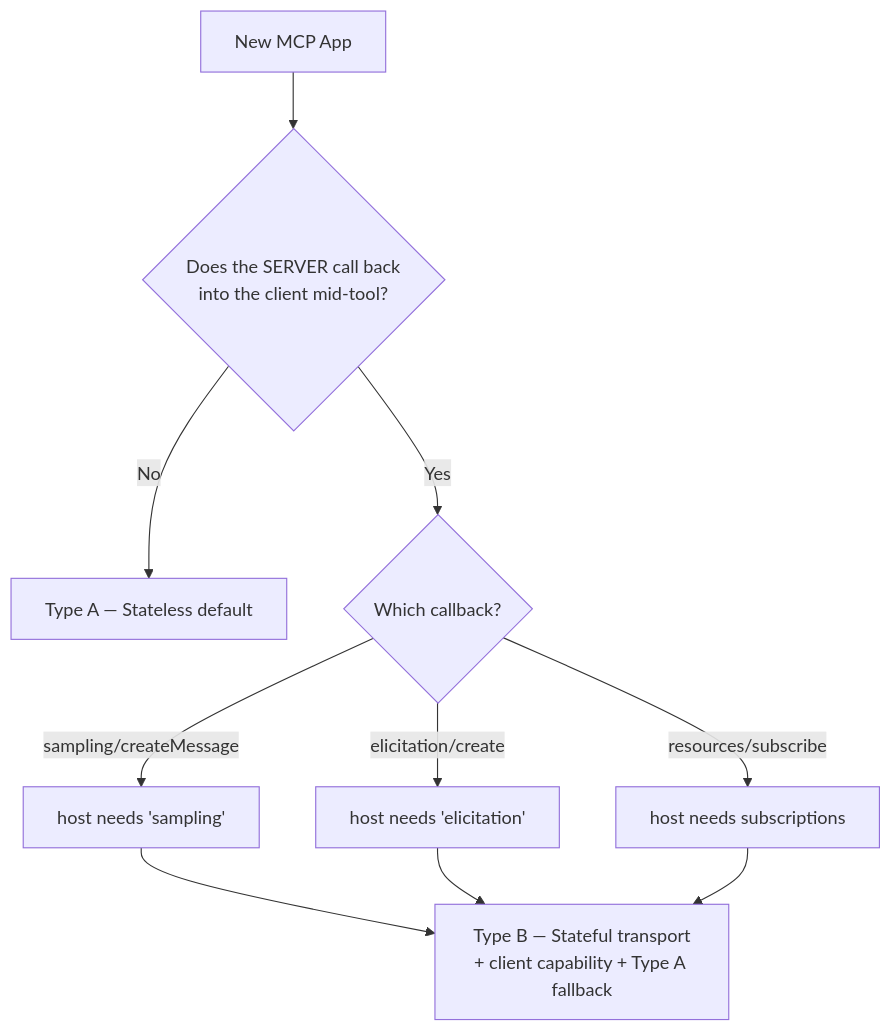
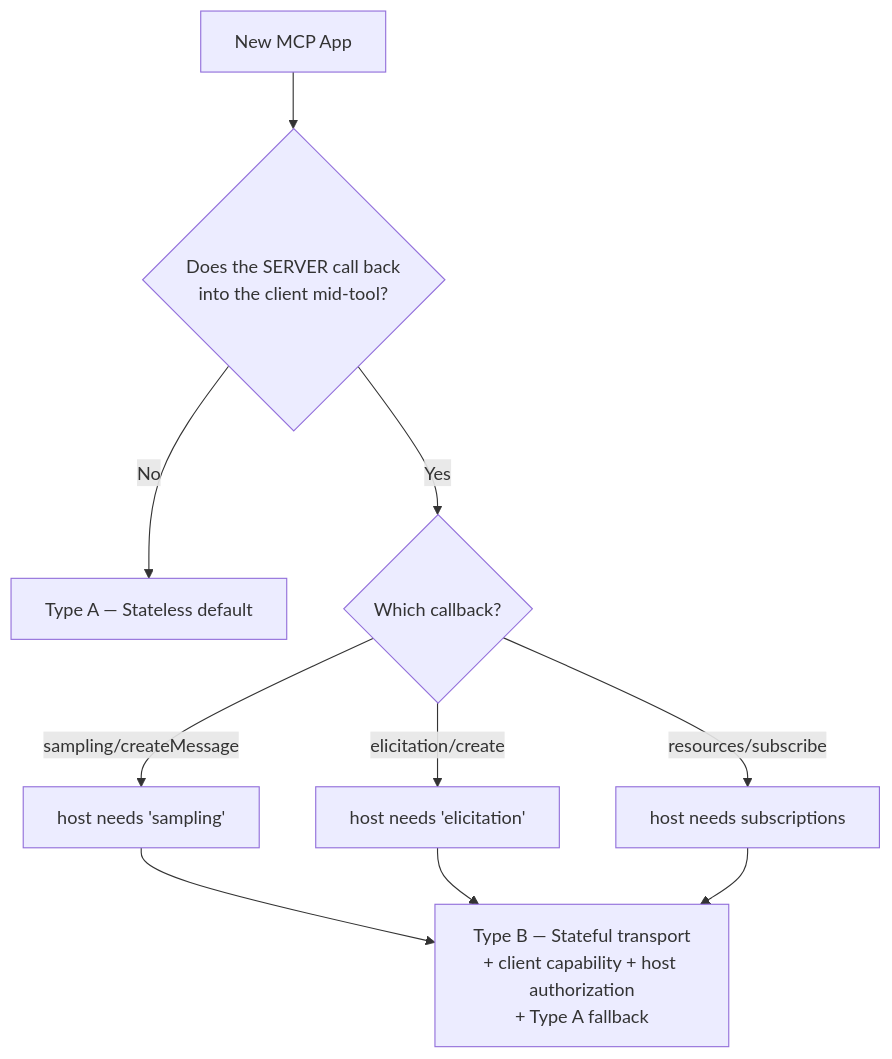
The diagram in mcp-app-build/sampling.md (dc995/mcp-app-skills), drawn with Mermaid before and after one commit. The commit also changed other lines of this file and 26 other files, not shown here.

First line of the commit message:
Harden host capability guidance and release gates

````diff
--- a/mcp-app-build/sampling.md
+++ b/mcp-app-build/sampling.md
@@ -136,12 +175,12 @@
 ```mermaid
 flowchart TD
   A[New MCP App] --> B{Does the SERVER call back<br/>into the client mid-tool?}
   B -- No --> TA[Type A — Stateless default]
   B -- Yes --> C{Which callback?}
   C -- sampling/createMessage --> D[host needs 'sampling']
   C -- elicitation/create --> E[host needs 'elicitation']
   C -- resources/subscribe --> F[host needs subscriptions]
-  D --> TB[Type B — Stateful transport<br/>+ client capability + Type A fallback]
+  D --> TB[Type B — Stateful transport<br/>+ client capability + host authorization<br/>+ Type A fallback]
   E --> TB
   F --> TB
 ```
````
